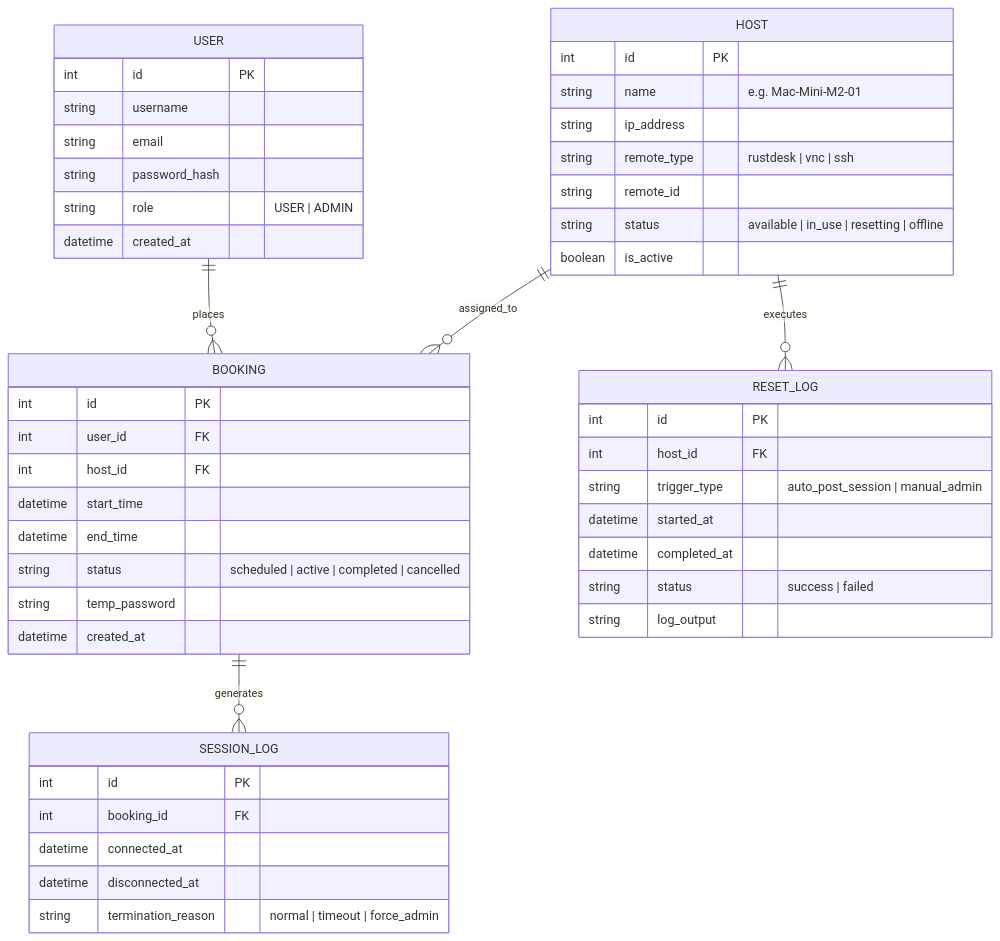
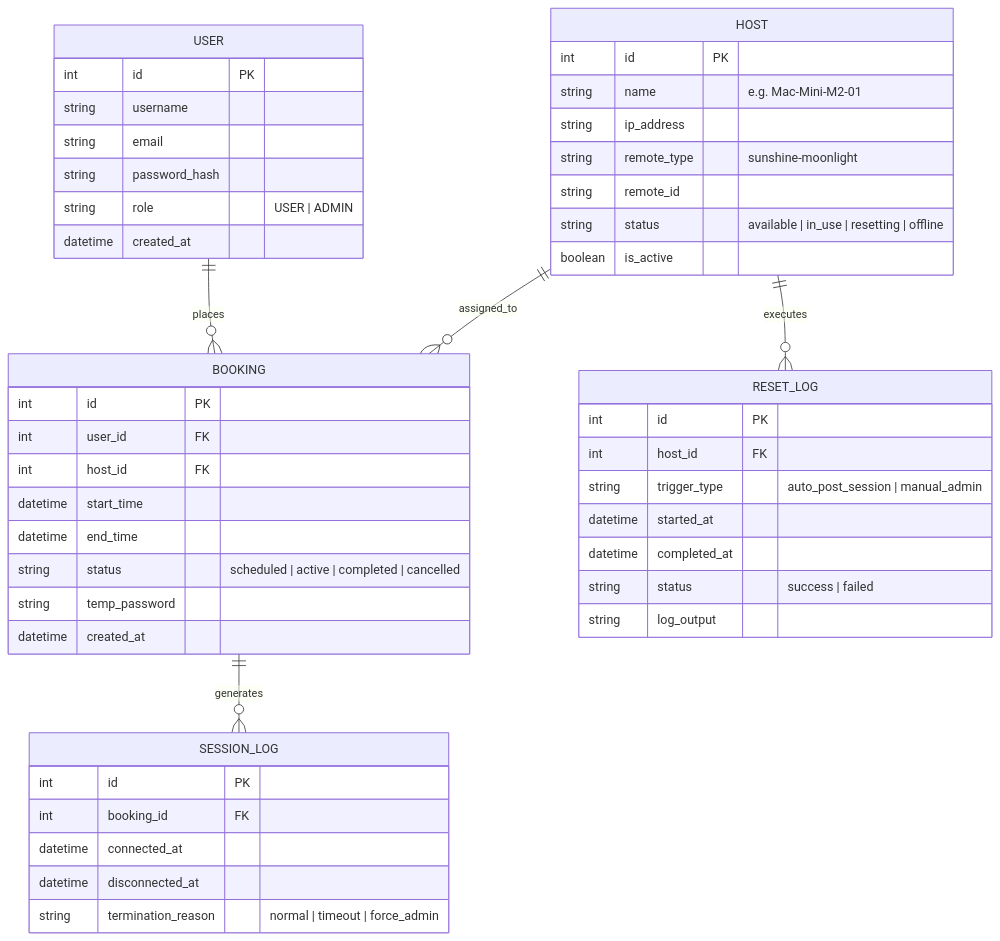
Before and after one commit to Sc4ll0pS/LAB-DOC: the second of 3 diagrams in docs/requirements_specification.md, drawn with Mermaid. The commit also changed other lines of this file and 3 other files, not shown here.

````diff
--- a/docs/requirements_specification.md
+++ b/docs/requirements_specification.md
@@ -213,55 +215,55 @@
 ```mermaid
 erDiagram
     USER ||--o{ BOOKING : places
     HOST ||--o{ BOOKING : assigned_to
     HOST ||--o{ RESET_LOG : executes
     BOOKING ||--o{ SESSION_LOG : generates
 
     USER {
         int id PK
         string username
         string email
         string password_hash
         string role "USER | ADMIN"
         datetime created_at
     }
 
     HOST {
         int id PK
         string name "e.g. Mac-Mini-M2-01"
         string ip_address
-        string remote_type "rustdesk | vnc | ssh"
+        string remote_type "sunshine-moonlight"
         string remote_id
         string status "available | in_use | resetting | offline"
         boolean is_active
     }
 
     BOOKING {
         int id PK
         int user_id FK
         int host_id FK
         datetime start_time
         datetime end_time
         string status "scheduled | active | completed | cancelled"
         string temp_password
         datetime created_at
     }
 
     SESSION_LOG {
         int id PK
         int booking_id FK
         datetime connected_at
         datetime disconnected_at
         string termination_reason "normal | timeout | force_admin"
     }
 
     RESET_LOG {
         int id PK
         int host_id FK
         string trigger_type "auto_post_session | manual_admin"
         datetime started_at
         datetime completed_at
         string status "success | failed"
         string log_output
     }
 ```
````
